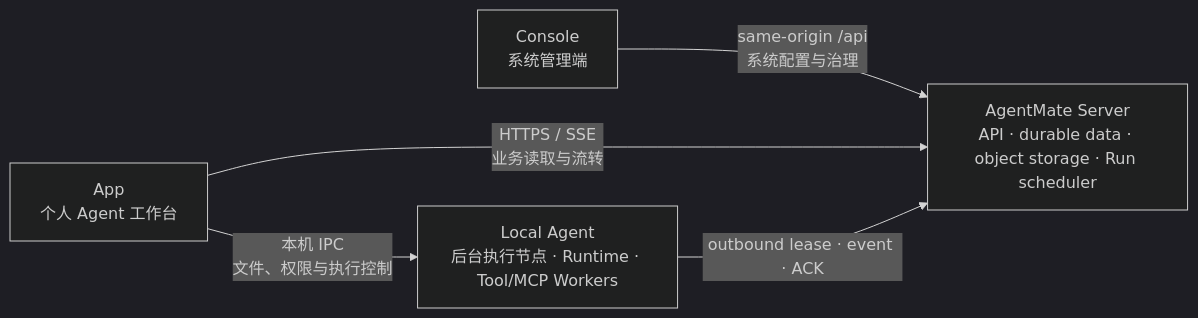
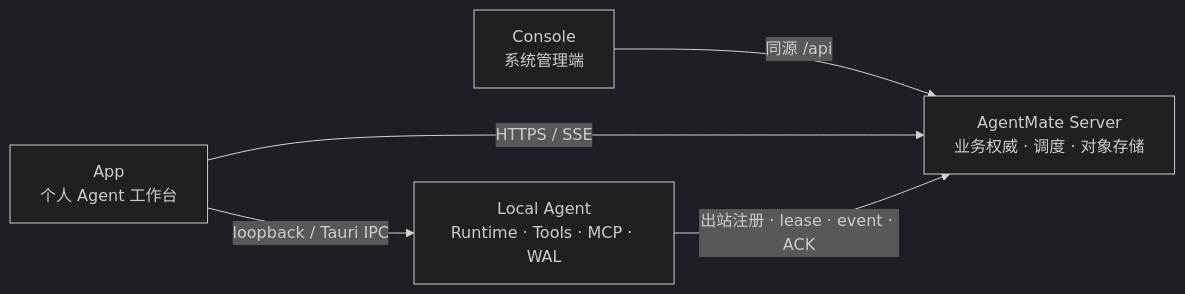
The diagram in docs/agentmate-server-first-架构设计.md (chenqilscy/agent-mate), drawn with Mermaid (dark theme) before and after one commit. The commit also changed other lines of this file and 49 other files, not shown here.

````diff
--- a/docs/agentmate-server-first-架构设计.md
+++ b/docs/agentmate-server-first-架构设计.md
@@ -43,12 +22,7 @@
 ```mermaid
 flowchart LR
-    Server["AgentMate Server<br/>API · durable data · object storage · Run scheduler"]
-    Console["Console<br/>系统管理端"]
-    App["App<br/>个人 Agent 工作台"]
-    LocalAgent["Local Agent<br/>后台执行节点 · Runtime · Tool/MCP Workers"]
-
-    Console -->|"same-origin /api<br/>系统配置与治理"| Server
-    App -->|"HTTPS / SSE<br/>业务读取与流转"| Server
-    App -->|"本机 IPC<br/>文件、权限与执行控制"| LocalAgent
-    LocalAgent -->|"outbound lease · event · ACK"| Server
+    Console["Console<br/>系统管理端"] -->|"同源 /api"| Server["AgentMate Server<br/>业务权威 · 调度 · 对象存储"]
+    App["App<br/>个人 Agent 工作台"] -->|"HTTPS / SSE"| Server
+    App -->|"loopback / Tauri IPC"| Local["Local Agent<br/>Runtime · Tools · MCP · WAL"]
+    Local -->|"出站注册 · lease · event · ACK"| Server
 ```
````
